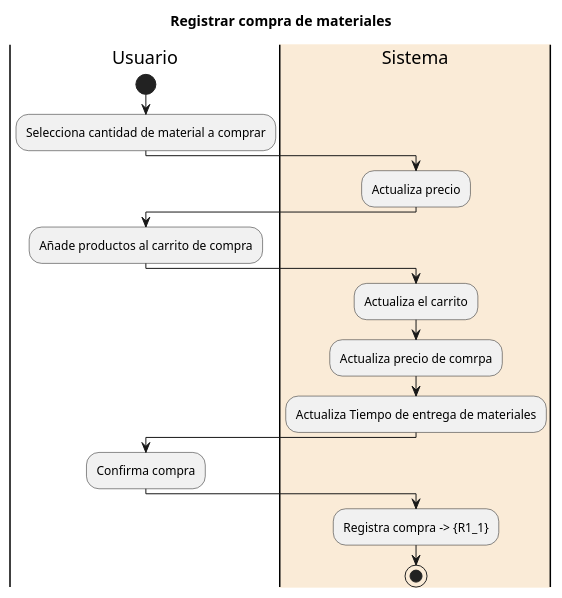
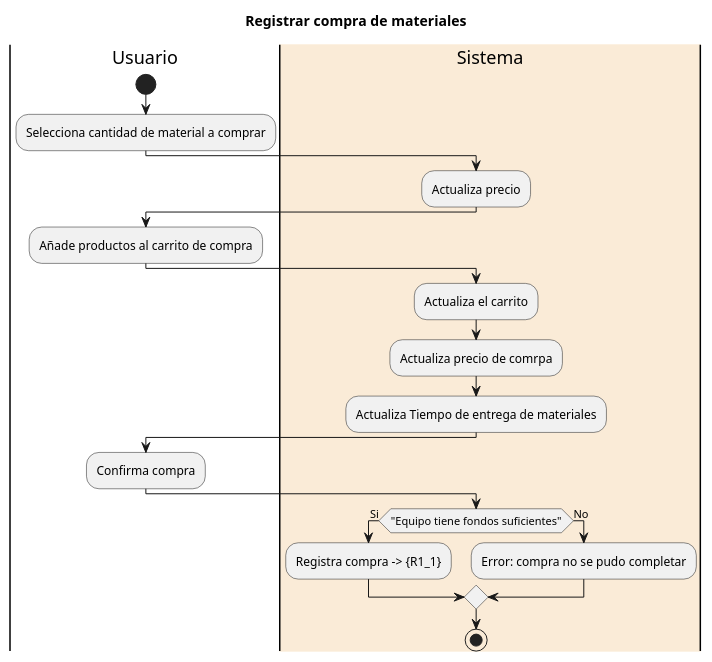
The diagram in diagrams/19_Simulacion/20_22_MateriaPrima/24-2_registra_compra_de_materiales.puml (SALV19/NOVUS_MXREP_Roblox), drawn with PlantUML before and after one commit. The commit also changed 7 other files, not shown here.

```diff
--- a/diagrams/19_Simulacion/20_22_MateriaPrima/24-2_registra_compra_de_materiales.puml
+++ b/diagrams/19_Simulacion/20_22_MateriaPrima/24-2_registra_compra_de_materiales.puml
@@ -1,26 +1,29 @@
 @startuml Registrar compra de materiales
 title Registrar compra de materiales
 
 |Usuario|
 start
 :Selecciona cantidad de material a comprar;
 |#AntiqueWhite|Sistema|
 :Actualiza precio;
 
 |Usuario|
 :Añade productos al carrito de compra;
 
 |Sistema|
 :Actualiza el carrito;
 :Actualiza precio de comrpa;
 :Actualiza Tiempo de entrega de materiales;
 
 |Usuario|
 :Confirma compra;
 
 |Sistema|
-:Registra compra -> {R1_1};
-
+if ("Equipo tiene fondos suficientes") then (Si)
+  :Registra compra -> {R1_1};
+else (No)
+  :Error: compra no se pudo completar;
+endif
 stop
 
 @enduml
```
